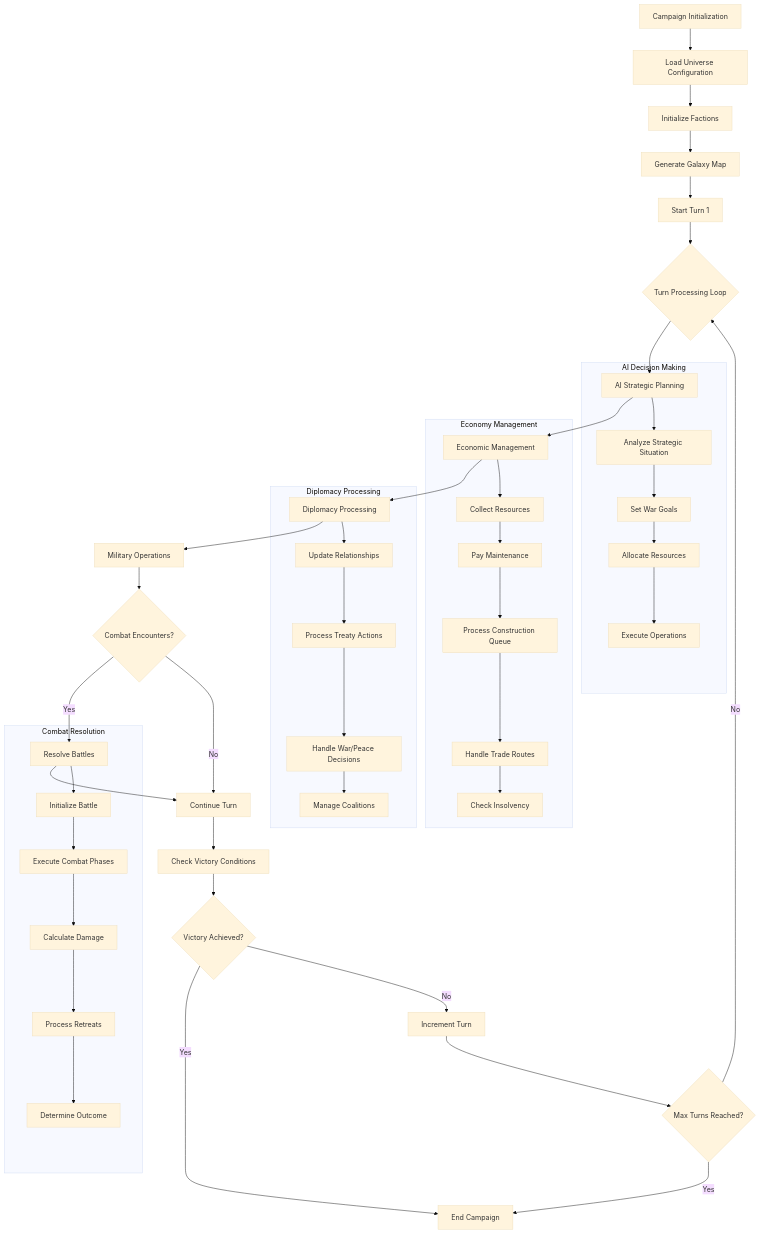
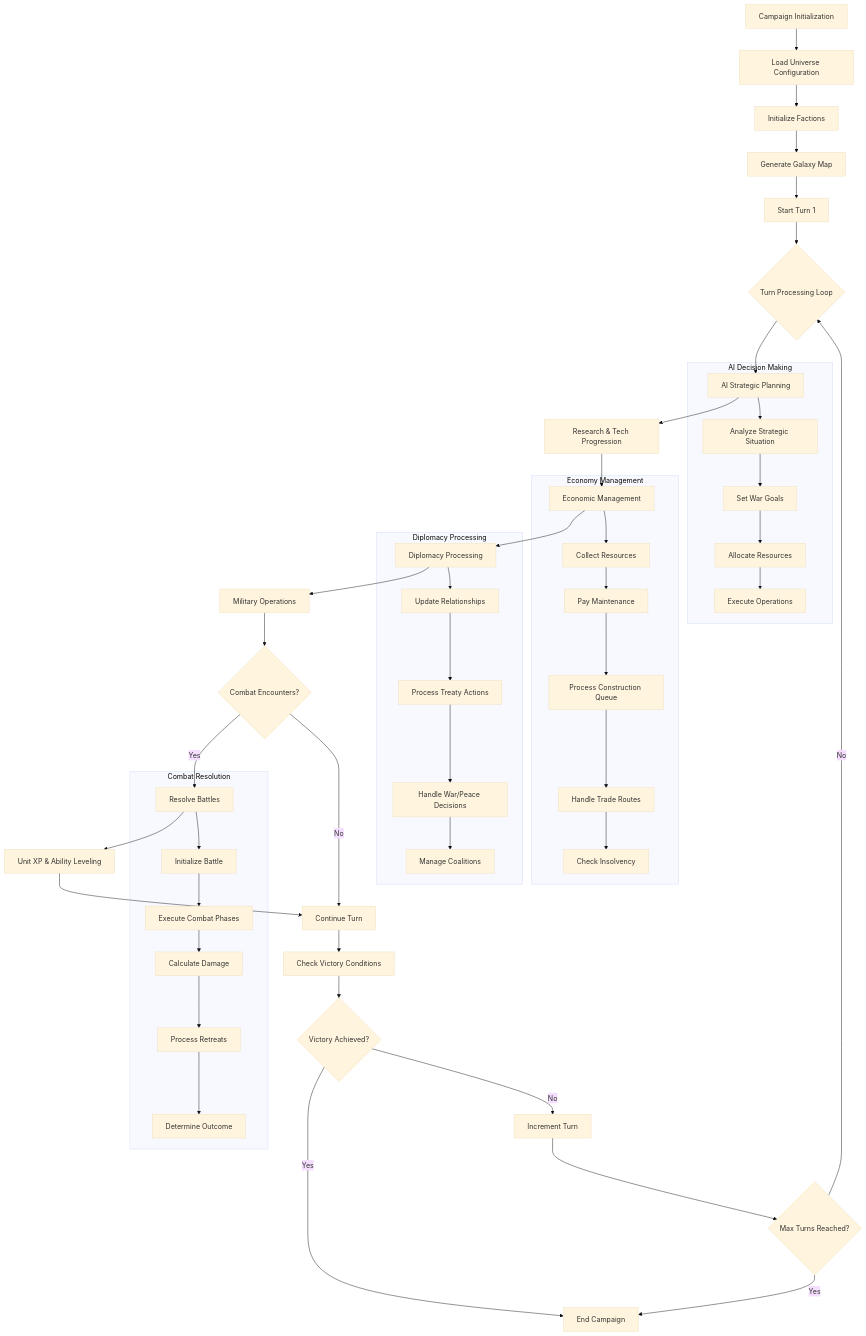
The first of 4 diagrams in README.md (JaySpiffy/void-reckoning-engine), drawn with Mermaid (base theme) before and after one commit. The commit also changed other lines of this file, not shown here.

Commit message:
docs: update Mermaid flowcharts with tech-gating, interdiction, and war exhaustion

````diff
--- a/README.md
+++ b/README.md
@@ -122,62 +122,64 @@
 ```mermaid
 flowchart TD
     A[Campaign Initialization] --> B[Load Universe Configuration]
     B --> C[Initialize Factions]
     C --> D[Generate Galaxy Map]
     D --> E[Start Turn 1]
     
     E --> F{Turn Processing Loop}
     F --> G[AI Strategic Planning]
-    G --> H[Economic Management]
+    G --> G5[Research & Tech Progression]
+    G5 --> H[Economic Management]
     H --> I[Diplomacy Processing]
     I --> J[Military Operations]
     
     J --> K{Combat Encounters?}
     K -->|Yes| L[Resolve Battles]
     K -->|No| M[Continue Turn]
     
-    L --> M
+    L --> L6[Unit XP & Ability Leveling]
+    L6 --> M
     
     M --> N[Check Victory Conditions]
     N --> O{Victory Achieved?}
     O -->|Yes| P[End Campaign]
     O -->|No| Q[Increment Turn]
     
     Q --> R{Max Turns Reached?}
     R -->|Yes| P
     R -->|No| F
     
     subgraph AI Decision Making
         G
         G --> G1[Analyze Strategic Situation]
         G1 --> G2[Set War Goals]
         G2 --> G3[Allocate Resources]
         G3 --> G4[Execute Operations]
     end
     
     subgraph Economy Management
         H
         H --> H1[Collect Resources]
         H1 --> H2[Pay Maintenance]
         H2 --> H3[Process Construction Queue]
         H3 --> H4[Handle Trade Routes]
         H4 --> H5[Check Insolvency]
     end
     
     subgraph Diplomacy Processing
         I
         I --> I1[Update Relationships]
         I1 --> I2[Process Treaty Actions]
         I2 --> I3[Handle War/Peace Decisions]
         I3 --> I4[Manage Coalitions]
     end
     
     subgraph Combat Resolution
         L
         L --> L1[Initialize Battle]
         L1 --> L2[Execute Combat Phases]
         L2 --> L3[Calculate Damage]
         L3 --> L4[Process Retreats]
         L4 --> L5[Determine Outcome]
     end
 ```
````
